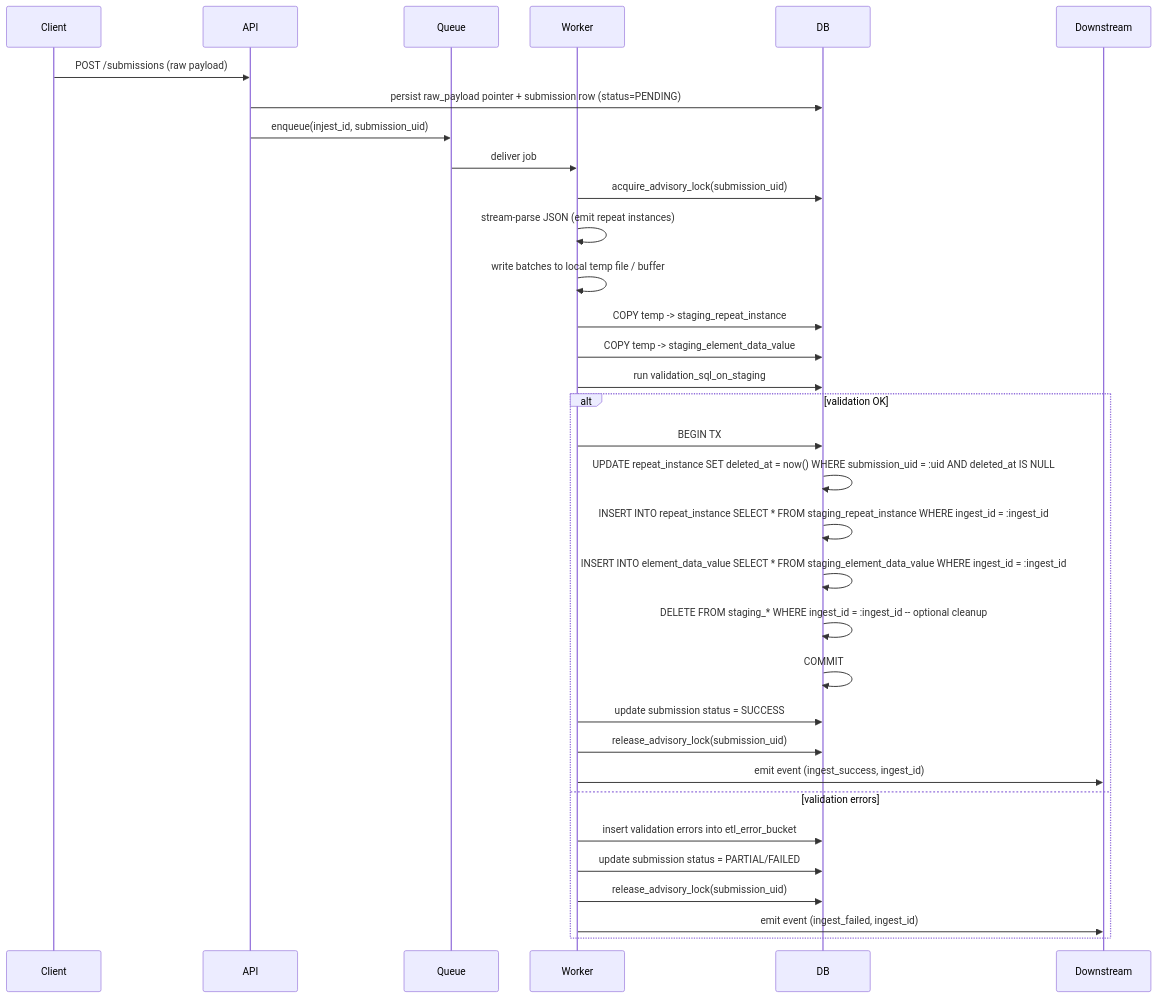
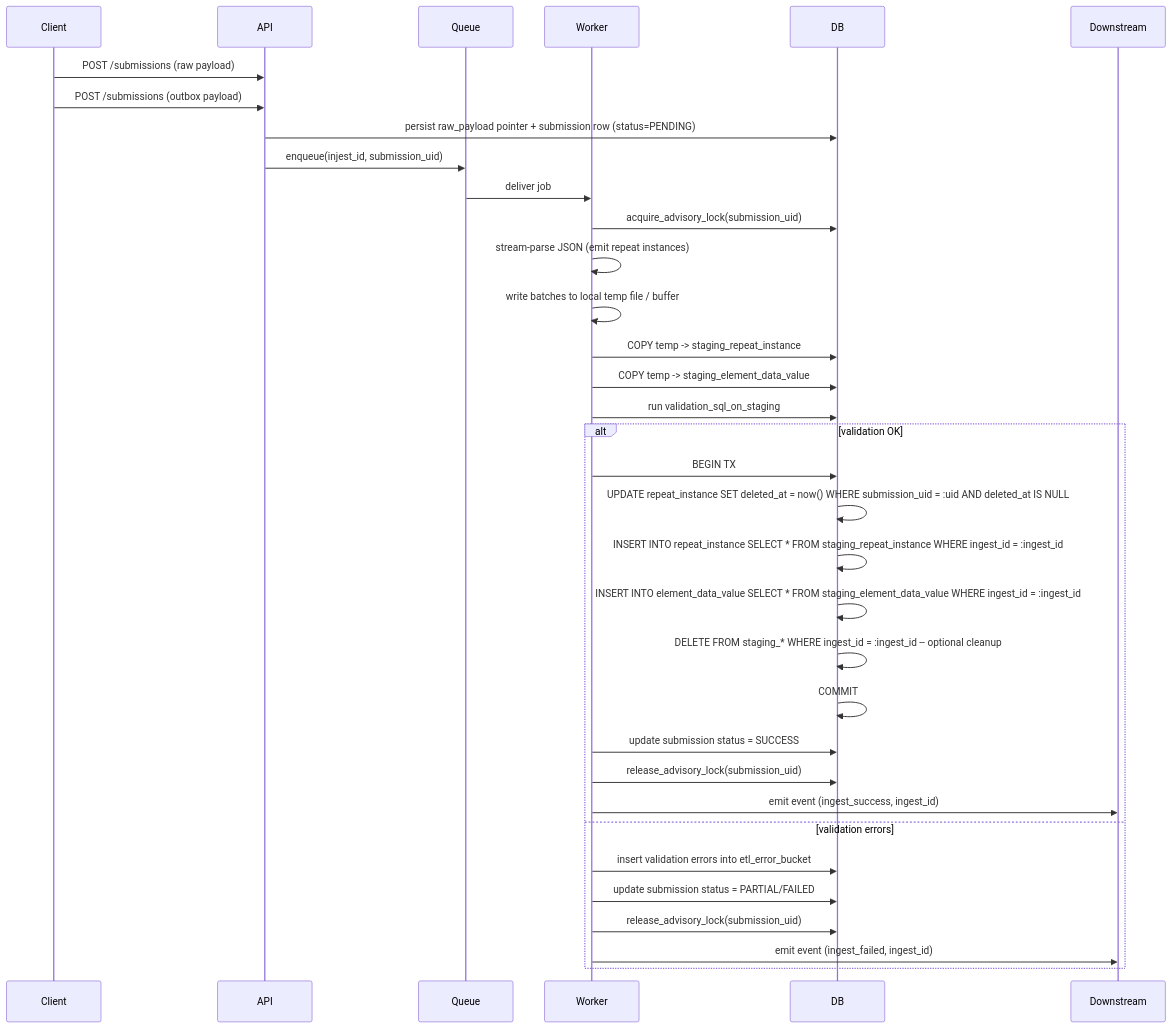
Before and after one commit to DataRun-ye/data-run-api: the diagram in brainstorming-notes/etl/ingestion.md, drawn with Mermaid. The commit also changed 52 other files, not shown here.

````diff
--- a/brainstorming-notes/etl/ingestion.md
+++ b/brainstorming-notes/etl/ingestion.md
@@ -9,37 +9,38 @@
 ```mermaid
 sequenceDiagram
     participant Client
     participant API
     participant Queue
     participant Worker
     participant DB
     participant Downstream
 
     Client->>API: POST /submissions (raw payload)
+    Client->>API: POST /submissions (outbox payload)
     API->>DB: persist raw_payload pointer + submission row (status=PENDING)
     API->>Queue: enqueue(injest_id, submission_uid)
 
     Queue->>Worker: deliver job
     Worker->>DB: acquire_advisory_lock(submission_uid)
     Worker->>Worker: stream-parse JSON (emit repeat instances)
     Worker->>Worker: write batches to local temp file / buffer
     Worker->>DB: COPY temp -> staging_repeat_instance
     Worker->>DB: COPY temp -> staging_element_data_value
     Worker->>DB: run validation_sql_on_staging
     alt validation OK
         Worker->>DB: BEGIN TX
         DB->>DB: UPDATE repeat_instance SET deleted_at = now() WHERE submission_uid = :uid AND deleted_at IS NULL
         DB->>DB: INSERT INTO repeat_instance SELECT * FROM staging_repeat_instance WHERE ingest_id = :ingest_id
         DB->>DB: INSERT INTO element_data_value SELECT * FROM staging_element_data_value WHERE ingest_id = :ingest_id
         DB->>DB: DELETE FROM staging_* WHERE ingest_id = :ingest_id -- optional cleanup
         DB->>DB: COMMIT
         Worker->>DB: update submission status = SUCCESS
         Worker->>DB: release_advisory_lock(submission_uid)
         Worker->>Downstream: emit event (ingest_success, ingest_id)
     else validation errors
         Worker->>DB: insert validation errors into etl_error_bucket
         Worker->>DB: update submission status = PARTIAL/FAILED
         Worker->>DB: release_advisory_lock(submission_uid)
         Worker->>Downstream: emit event (ingest_failed, ingest_id)
     end
 ```
````
